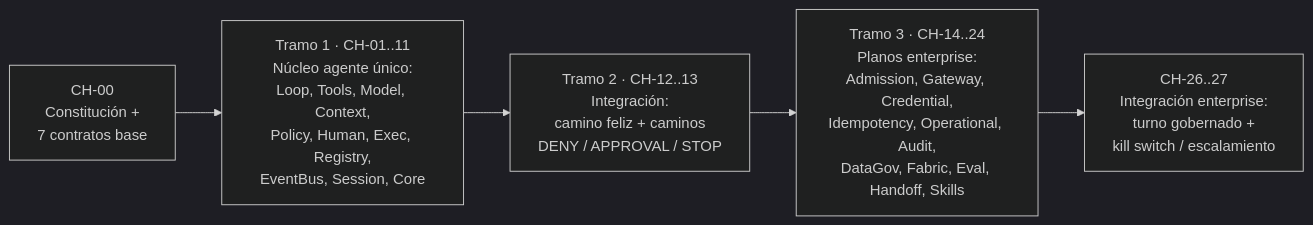
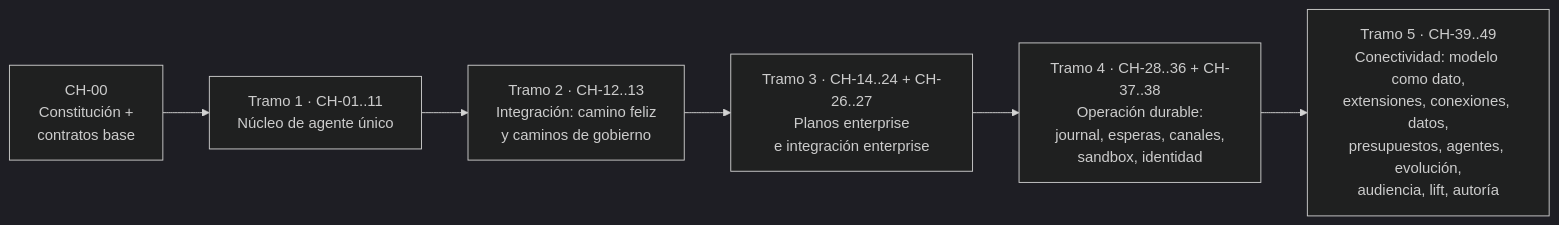
Before and after one commit to aaramirez/arnes-ai: the second of 3 diagrams in docs/diagramas/book-harness/BH-Implementacion.md, drawn with Mermaid (dark theme). The commit also changed other lines of this file and 52 other files, not shown here.

````diff
--- a/docs/diagramas/book-harness/BH-Implementacion.md
+++ b/docs/diagramas/book-harness/BH-Implementacion.md
@@ -89,8 +97,9 @@
 ```mermaid
 flowchart LR
-  T0["CH-00<br/>Constitución +<br/>7 contratos base"] --> T1
-  T1["Tramo 1 · CH-01..11<br/>Núcleo agente único:<br/>Loop, Tools, Model, Context,<br/>Policy, Human, Exec, Registry,<br/>EventBus, Session, Core"] --> T2
-  T2["Tramo 2 · CH-12..13<br/>Integración:<br/>camino feliz + caminos<br/>DENY / APPROVAL / STOP"] --> T3
-  T3["Tramo 3 · CH-14..24<br/>Planos enterprise:<br/>Admission, Gateway, Credential,<br/>Idempotency, Operational, Audit,<br/>DataGov, Fabric, Eval, Handoff, Skills"] --> T4
-  T4["CH-26..27<br/>Integración enterprise:<br/>turno gobernado +<br/>kill switch / escalamiento"]
+  T0["CH-00<br/>Constitución +<br/>contratos base"] --> T1
+  T1["Tramo 1 · CH-01..11<br/>Núcleo de agente único"] --> T2
+  T2["Tramo 2 · CH-12..13<br/>Integración: camino feliz<br/>y caminos de gobierno"] --> T3
+  T3["Tramo 3 · CH-14..24 + CH-26..27<br/>Planos enterprise<br/>e integración enterprise"] --> T4
+  T4["Tramo 4 · CH-28..36 + CH-37..38<br/>Operación durable:<br/>journal, esperas, canales,<br/>sandbox, identidad"] --> T5
+  T5["Tramo 5 · CH-39..49<br/>Conectividad: modelo como dato,<br/>extensiones, conexiones, datos,<br/>presupuestos, agentes, evolución,<br/>audiencia, lift, autoría"]
 ```
````
